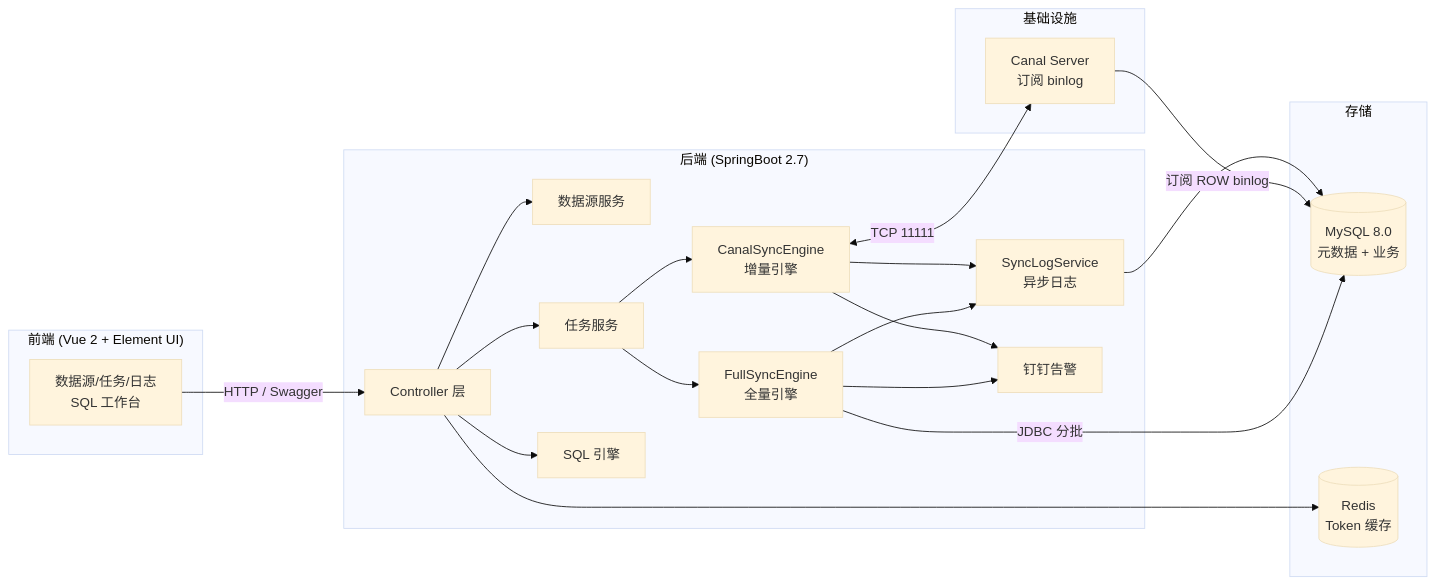
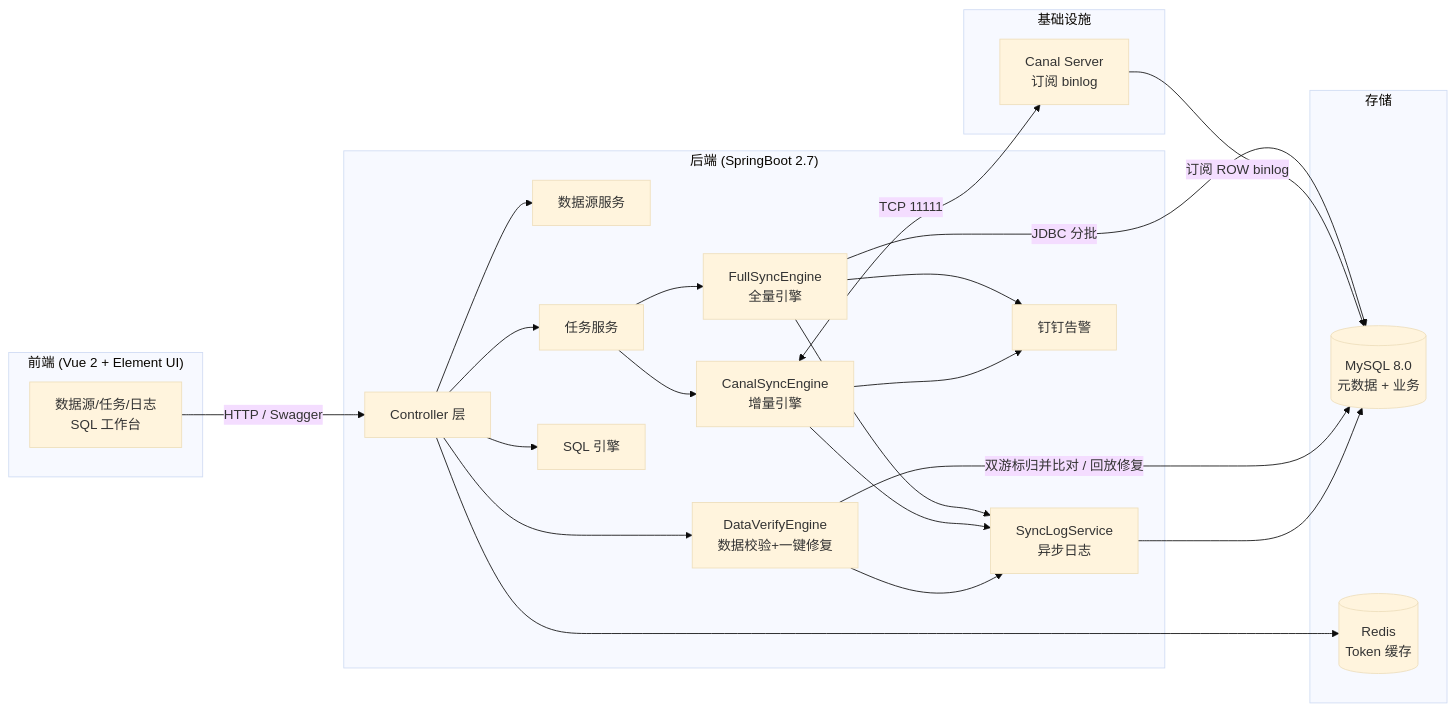
Before and after one commit to qingtiandatamove/datamove: the diagram in README.md, drawn with Mermaid (base theme). The commit also changed other lines of this file, not shown here.

````diff
--- a/README.md
+++ b/README.md
@@ -35,36 +38,40 @@
 ```mermaid
 flowchart LR
     subgraph Frontend["前端 (Vue 2 + Element UI)"]
         UI[数据源/任务/日志<br/>SQL 工作台]
     end
     subgraph Backend["后端 (SpringBoot 2.7)"]
         CTRL[Controller 层]
         DS[数据源服务]
         TS[任务服务]
         FullEng[FullSyncEngine<br/>全量引擎]
         IncrEng[CanalSyncEngine<br/>增量引擎]
+        VerifyEng[DataVerifyEngine<br/>数据校验+一键修复]
         SQLEng[SQL 引擎]
         LogSvc[SyncLogService<br/>异步日志]
         Ding[钉钉告警]
     end
     subgraph Storage["存储"]
         MySQL[(MySQL 8.0<br/>元数据 + 业务)]
         Redis[(Redis<br/>Token 缓存)]
     end
     subgraph Infra["基础设施"]
         CanalSrv[Canal Server<br/>订阅 binlog]
     end
 
     UI -->|HTTP / Swagger| CTRL
     CTRL --> DS & TS & SQLEng
+    CTRL --> VerifyEng
     TS --> FullEng
     TS --> IncrEng
     FullEng -->|JDBC 分批| MySQL
     IncrEng <-->|TCP 11111| CanalSrv
     CanalSrv -->|订阅 ROW binlog| MySQL
+    VerifyEng -->|双游标归并比对 / 回放修复| MySQL
     FullEng --> LogSvc
     IncrEng --> LogSvc
+    VerifyEng --> LogSvc
     LogSvc --> MySQL
     FullEng & IncrEng --> Ding
     CTRL --> Redis
 ```
````
